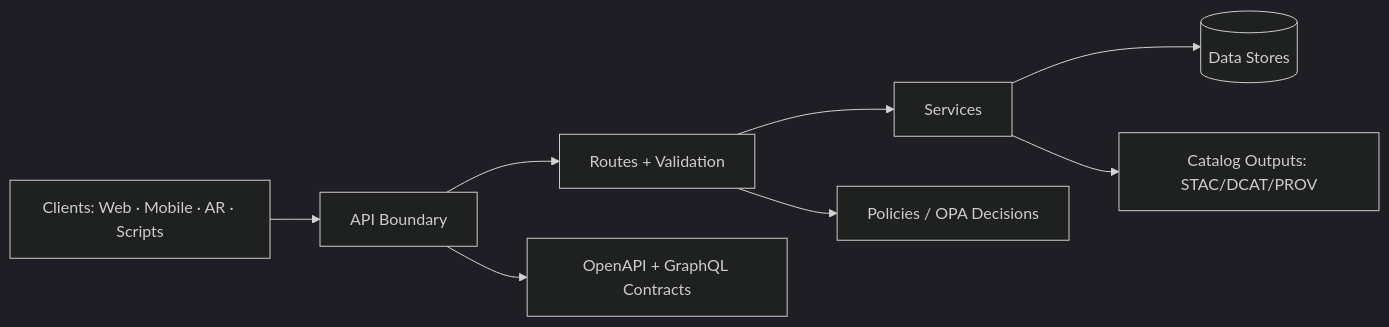
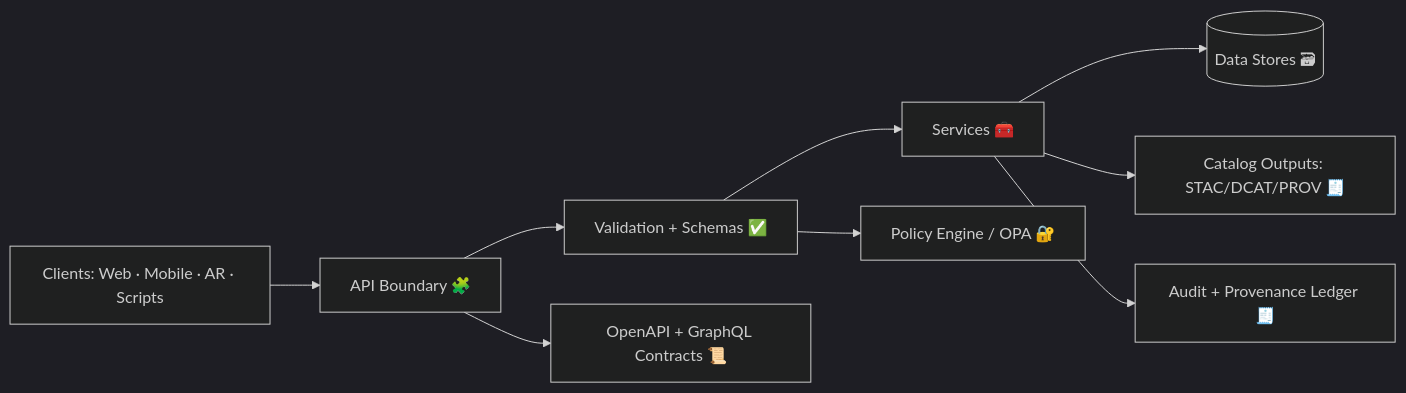
One commit to bartytime4life/Kansas-Frontier-Matrix changed the diagram in api/schemas/README.md. Above: the diagram before and after it, drawn with Mermaid (dark theme). The commit also changed other lines of this file, not shown here.

````diff
--- a/api/schemas/README.md
+++ b/api/schemas/README.md
@@ -242,10 +424,11 @@
 ```mermaid
 flowchart LR
-  A[Clients: Web · Mobile · AR · Scripts] --> B[API Boundary]
-  B --> C[Routes + Validation]
-  C --> D[Services]
-  D --> E[(Data Stores)]
-  C --> F[Policies / OPA Decisions]
-  D --> G[Catalog Outputs: STAC/DCAT/PROV]
-  B --> H[OpenAPI + GraphQL Contracts]
+  A[Clients: Web · Mobile · AR · Scripts] --> B[API Boundary 🧩]
+  B --> C[Validation + Schemas ✅]
+  C --> D[Services 🧰]
+  D --> E[(Data Stores 🗃)]
+  C --> F[Policy Engine / OPA 🔐]
+  D --> G[Catalog Outputs: STAC/DCAT/PROV 🧾]
+  B --> H[OpenAPI + GraphQL Contracts 📜]
+  D --> I[Audit + Provenance Ledger 🧾]
 ```
````
